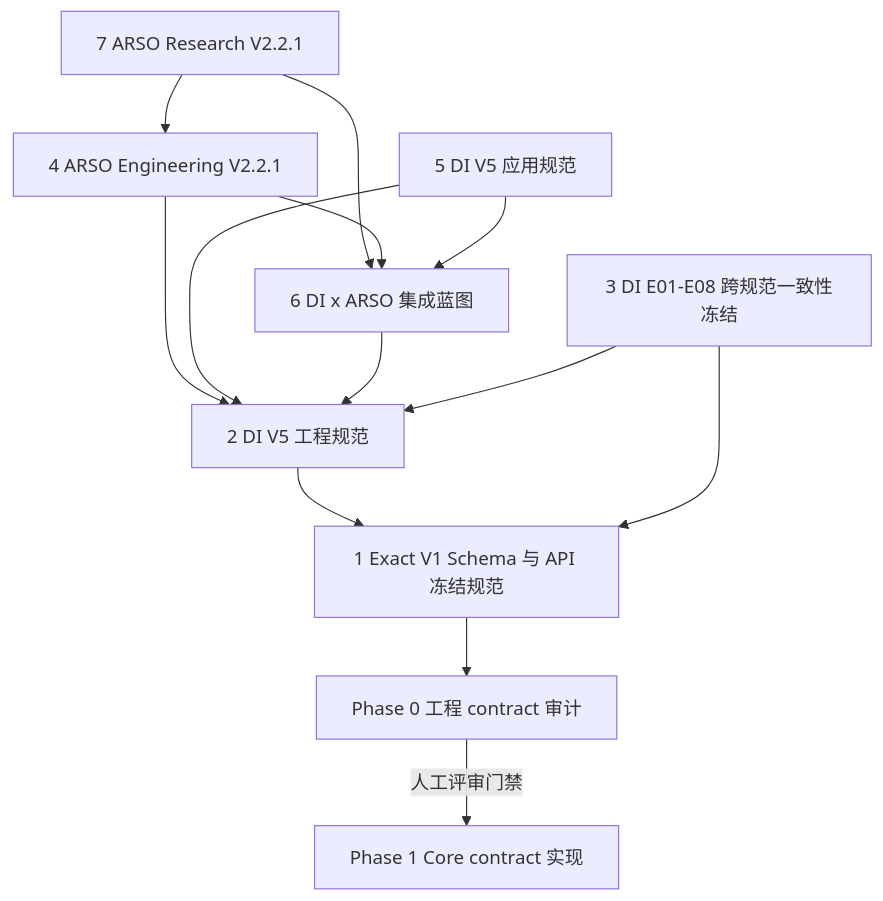
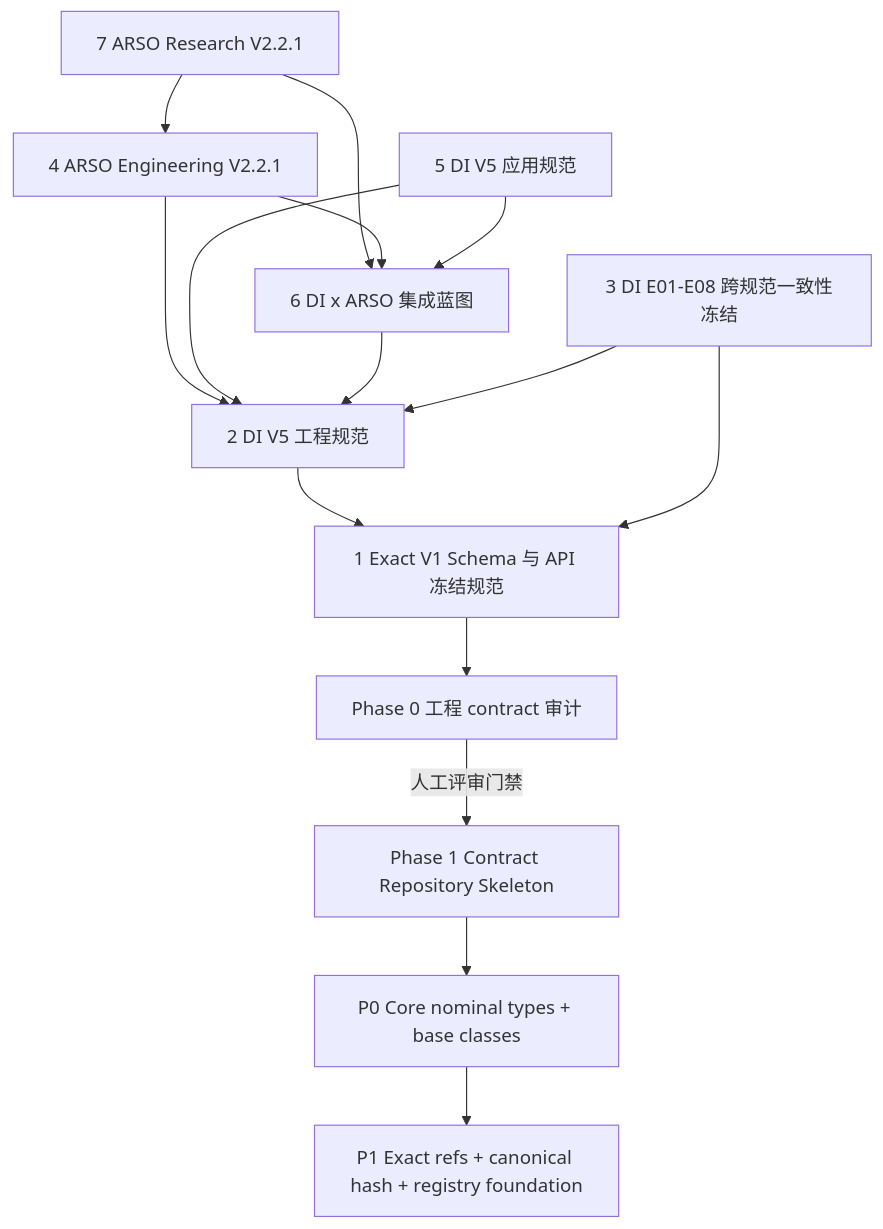
The diagram in SPEC_AUTHORITY.md (gitzhangcd/ARSO-Code), drawn with Mermaid before and after one commit. The commit also changed other lines of this file and 3 other files, not shown here.

````diff
--- a/SPEC_AUTHORITY.md
+++ b/SPEC_AUTHORITY.md
@@ -28,15 +28,17 @@
 ```mermaid
 flowchart TD
     R[7 ARSO Research V2.2.1] --> AE[4 ARSO Engineering V2.2.1]
     R --> BP[6 DI x ARSO 集成蓝图]
     AE --> BP
     AS[5 DI V5 应用规范] --> BP
     AE --> ENG[2 DI V5 工程规范]
     AS --> ENG
     BP --> ENG
     X[3 DI E01-E08 跨规范一致性冻结] --> ENG
     ENG --> EX[1 Exact V1 Schema 与 API 冻结规范]
     X --> EX
     EX --> AUDIT[Phase 0 工程 contract 审计]
-    AUDIT -->|人工评审门禁| P0[Phase 1 Core contract 实现]
+    AUDIT -->|人工评审门禁| P0[Phase 1 Contract Repository Skeleton]
+    P0 --> P1A[P0 Core nominal types + base classes]
+    P1A --> P1[P1 Exact refs + canonical hash + registry foundation]
 ```
````
